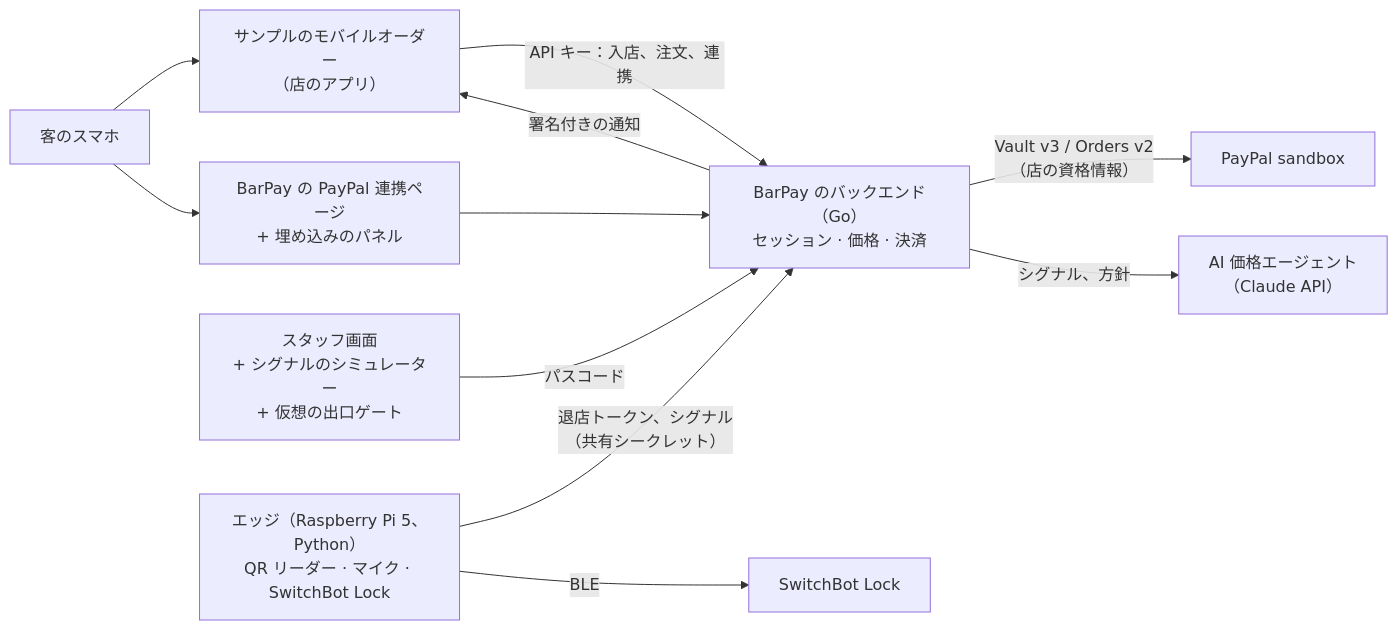
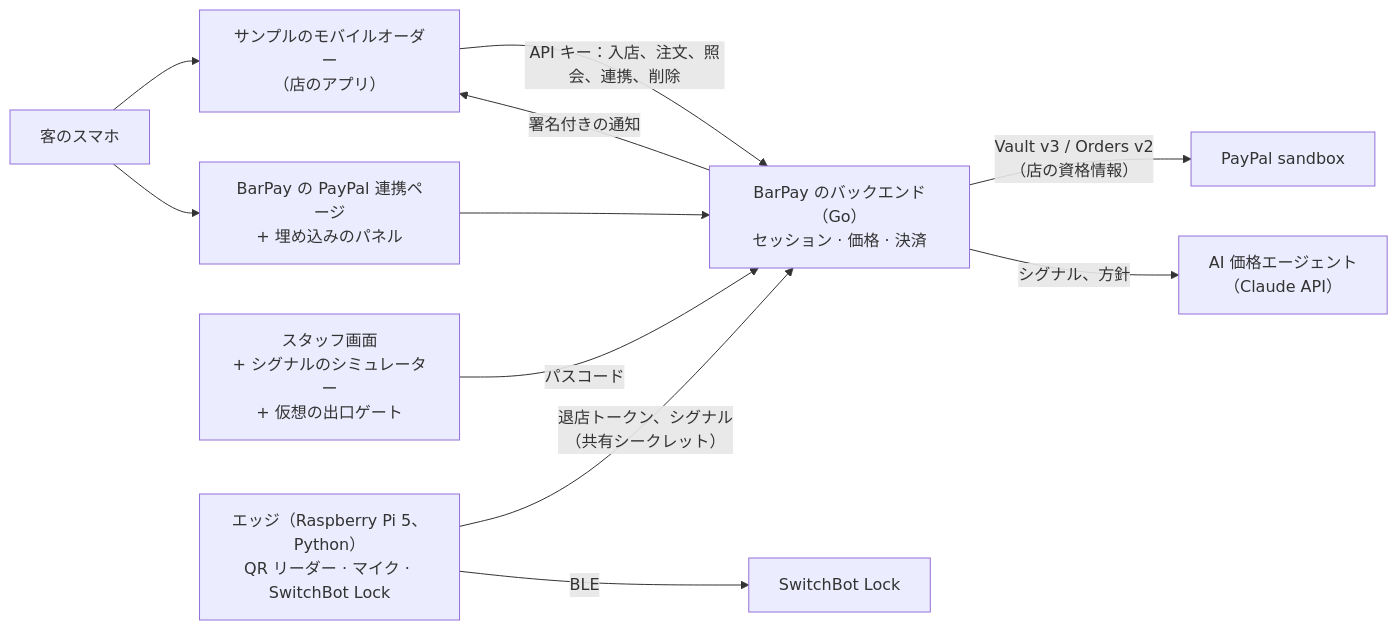
One commit to sumiredc/barpay changed the fourth of 4 diagrams in PRD.ja.md. Above: the diagram before and after it, drawn with Mermaid. The commit also changed other lines of this file and 1 other file, not shown here.

First line of the commit message:
Settle the store-facing behaviors the API contract needs in the PRD

````diff
--- a/PRD.ja.md
+++ b/PRD.ja.md
@@ -302,13 +307,13 @@
 ```mermaid
 flowchart LR
   Phone["客のスマホ"] --> App["サンプルのモバイルオーダー<br/>（店のアプリ）"]
   Phone --> Pages["BarPay の PayPal 連携ページ<br/>+ 埋め込みのパネル"]
-  App -- "API キー：入店、注文、連携" --> API
+  App -- "API キー：入店、注文、照会、連携、削除" --> API
   API -- "署名付きの通知" --> App
   Pages --> API
   Staff["スタッフ画面<br/>+ シグナルのシミュレーター<br/>+ 仮想の出口ゲート"] -- "パスコード" --> API
   API["BarPay のバックエンド（Go）<br/>セッション · 価格 · 決済"] -- "Vault v3 / Orders v2<br/>（店の資格情報）" --> PP["PayPal sandbox"]
   API -- "シグナル、方針" --> LLM["AI 価格エージェント<br/>（Claude API）"]
   Edge["エッジ（Raspberry Pi 5、Python）<br/>QR リーダー · マイク · SwitchBot Lock"] -- "退店トークン、シグナル<br/>（共有シークレット）" --> API
   Edge -- BLE --> Lock["SwitchBot Lock"]
 ```
````
